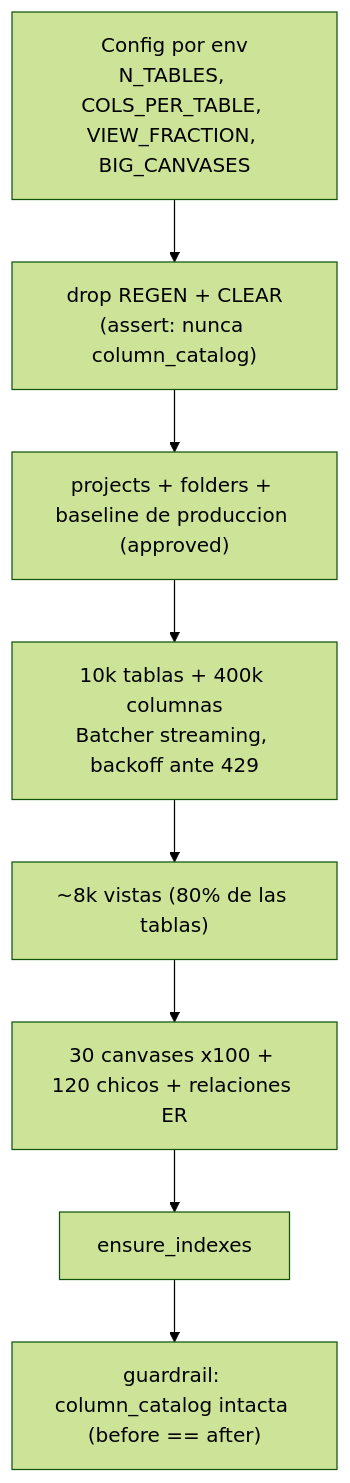
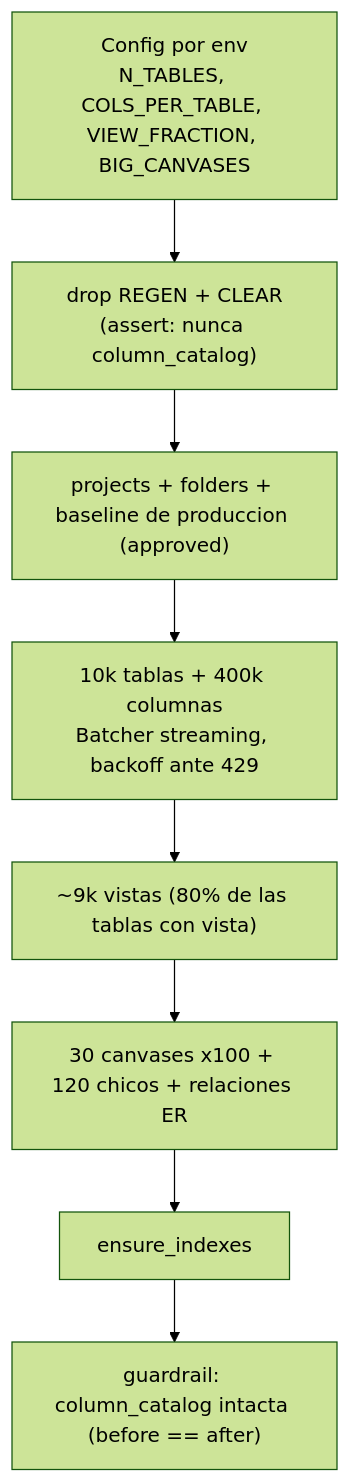
Before and after one commit to Carlosmps97/backend-data-model-hub: the fifth of 6 diagrams in doc/testing.md, drawn with Mermaid (forest theme). The commit also changed other lines of this file and 169 other files, not shown here.

````diff
--- a/doc/testing.md
+++ b/doc/testing.md
@@ -626,11 +714,11 @@
 ```mermaid
 flowchart TD
     CFG["Config por env<br/>N_TABLES, COLS_PER_TABLE, VIEW_FRACTION, BIG_CANVASES"]
     CFG --> DROP["drop REGEN + CLEAR<br/>(assert: nunca column_catalog)"]
     DROP --> BASE["projects + folders + baseline de produccion (approved)"]
     BASE --> TC["10k tablas + 400k columnas<br/>Batcher streaming, backoff ante 429"]
-    TC --> V["~8k vistas (80% de las tablas)"]
+    TC --> V["~9k vistas (80% de las tablas con vista)"]
     V --> CV["30 canvases x100 + 120 chicos + relaciones ER"]
     CV --> IDX["ensure_indexes"]
     IDX --> CHK["guardrail: column_catalog intacta (before == after)"]
 ```
````
